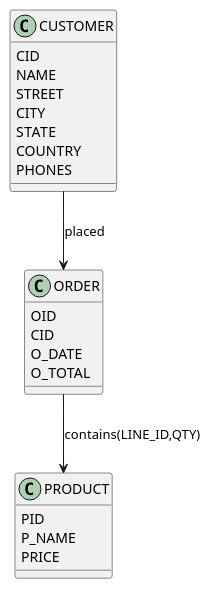
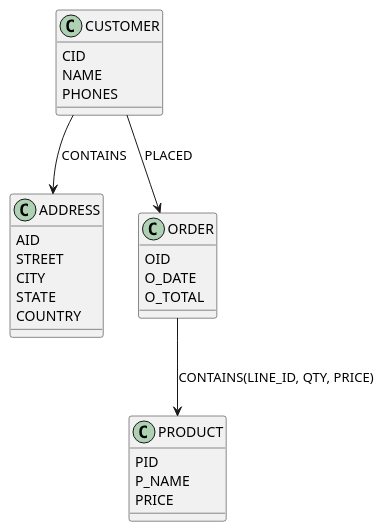
Before and after one commit to Dorfultariant/database-assignments: the diagram in 3_assignment_src/graph-relation.puml, drawn with PlantUML. The commit also changed 8 other files, not shown here.

Commit message:
Assignment 3: Revised the plantumls and schemas as the original had few issues and missed points, added the discussion with the advantages and disadvantages

```diff
--- a/3_assignment_src/graph-relation.puml
+++ b/3_assignment_src/graph-relation.puml
@@ -1,30 +1,37 @@
 @startuml GraphDatabase
 
 '' src: https://pdf.plantuml.net/1.2020.22/PlantUML_Language_Reference_Guide_en.pdf 
-''      Class Diagram
+''      Class Diagram as Plantuml does not appear to have "node"-style
+
 class CUSTOMER {
   CID
   NAME
+  PHONES
+}
+
+class ADDRESS {
+  AID
   STREET
   CITY
   STATE
   COUNTRY
-  PHONES
 }
+
 class ORDER {
   OID
-  CID
   O_DATE
   O_TOTAL
 }
+
 class PRODUCT {
   PID
   P_NAME
   PRICE
 }
 
-CUSTOMER --> ORDER : placed
-'' The ORDER - PRODUCT relation contains the ORDER_ITEM data (QTY), this is why ORDER_ITEM is not defined (relational related)
-ORDER --> PRODUCT : contains(LINE_ID,QTY)
+CUSTOMER --> ADDRESS : CONTAINS
+CUSTOMER --> ORDER : PLACED
+'' The ORDER - PRODUCT relation contains the ORDER_ITEM data (QTY, PRICE), this is why ORDER_ITEM is not defined (relational related)
+ORDER --> PRODUCT : CONTAINS(LINE_ID, QTY, PRICE)
 
 @enduml
```
